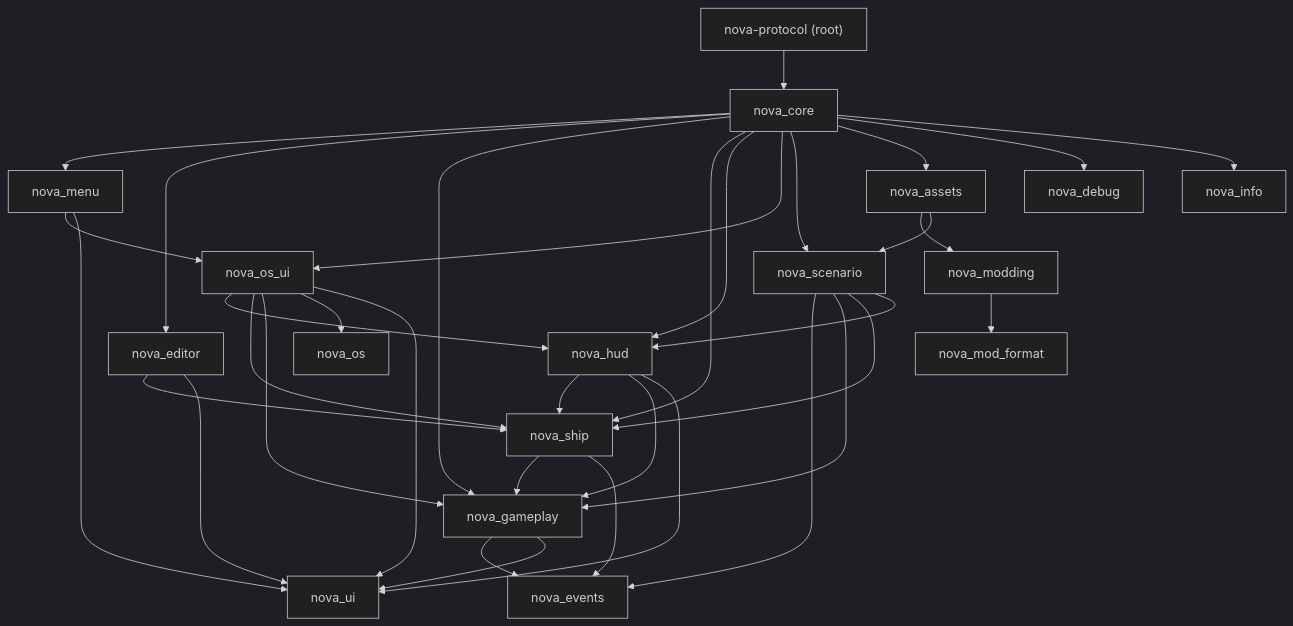
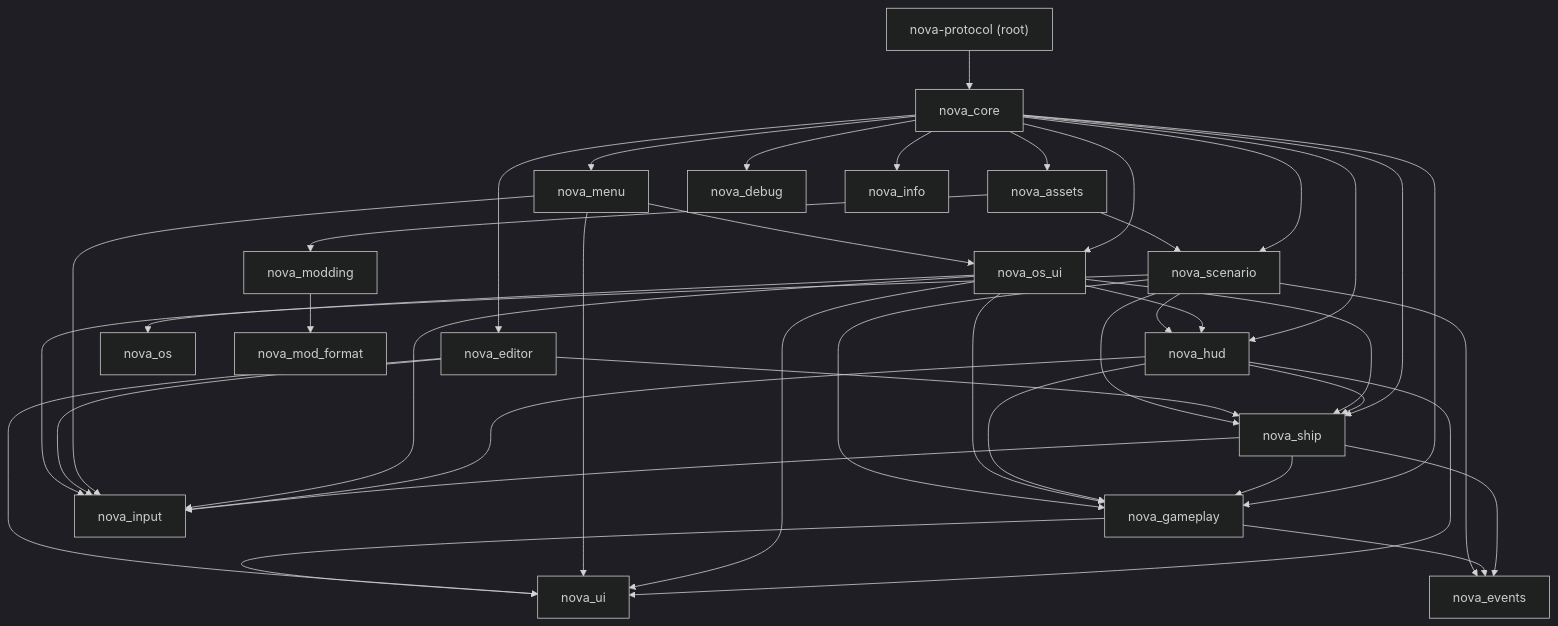
The first of 3 diagrams in docs/architecture.md (alexjercan/nova-protocol), drawn with Mermaid (dark theme) before and after one commit. The commit also changed other lines of this file and 11 other files, not shown here.

````diff
--- a/docs/architecture.md
+++ b/docs/architecture.md
@@ -41,37 +42,43 @@
 ```mermaid
 graph TD
     root["nova-protocol (root)"] --> core["nova_core"]
     core --> menu["nova_menu"]
     core --> editor["nova_editor"]
     core --> gameplay["nova_gameplay"]
     core --> ship["nova_ship"]
     core --> hud["nova_hud"]
     core --> osui["nova_os_ui"]
     core --> scenario["nova_scenario"]
     core --> assets["nova_assets"]
     ship --> gameplay
     ship --> events["nova_events"]
     hud --> ship
     hud --> gameplay
     hud --> ui["nova_ui"]
     osui --> hud
     osui --> ship
     osui --> gameplay
     osui --> os["nova_os"]
     osui --> ui
     menu --> osui
     menu --> ui
     editor --> ship
     editor --> ui
     gameplay --> events
     gameplay --> ui
+    ship --> input["nova_input"]
+    hud --> input
+    osui --> input
+    menu --> input
+    editor --> input
+    scenario --> input
     scenario --> events
     scenario --> gameplay
     scenario --> ship
     scenario --> hud
     assets --> modding["nova_modding"]
     assets --> scenario
     modding --> modfmt["nova_mod_format"]
     core --> debug["nova_debug"]
     core --> info["nova_info"]
 ```
````
